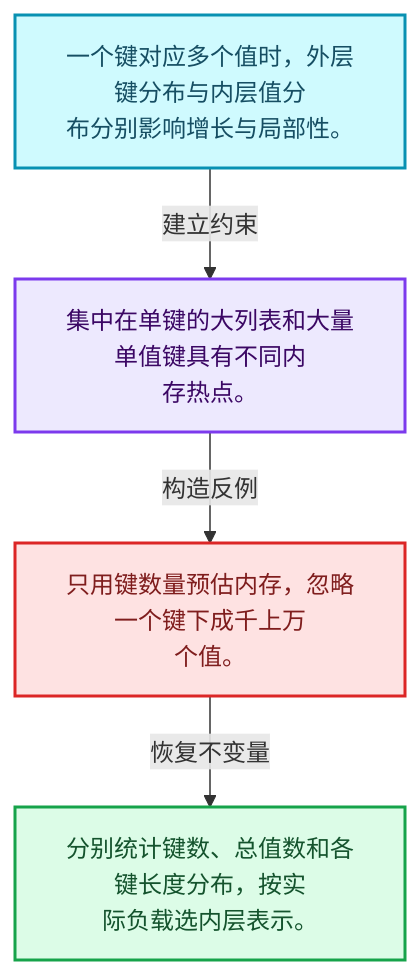
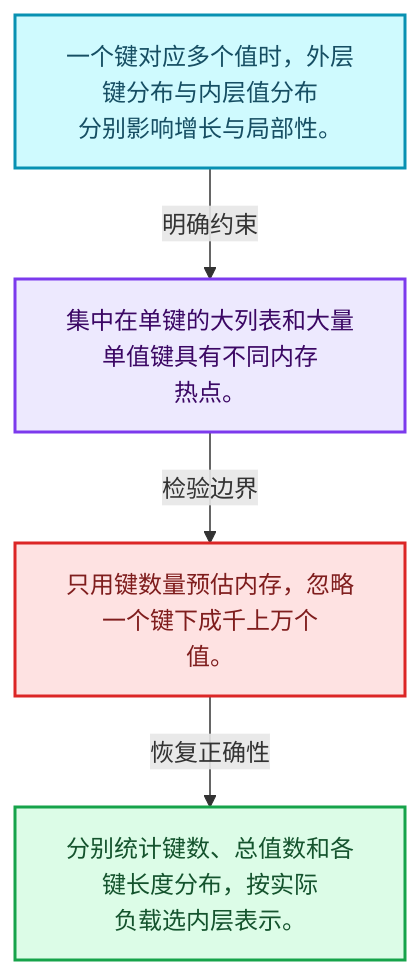
One commit to yunkezengren/blender-.vscode changed the first of 4 diagrams in 杂/markdown/全面学习-codex/02-哈希表与关联数据结构/09-MultiValueMap一键多值.md. Above: the diagram before and after it, drawn with Mermaid. The commit also changed other lines of this file and 1930 other files, not shown here.

````diff
--- a/杂/markdown/全面学习-codex/02-哈希表与关联数据结构/09-MultiValueMap一键多值.md
+++ b/杂/markdown/全面学习-codex/02-哈希表与关联数据结构/09-MultiValueMap一键多值.md
@@ -29,16 +29,16 @@
 ```mermaid
 flowchart TB
-  M["一个键对应多个值时，外层键分布与内层值分<br/>布分别影响增长与局部性。"]:::data
-  T["集中在单键的大列表和大量单值键具有不同内<br/>存热点。"]:::abstraction
-  X["只用键数量预估内存，忽略一个键下成千上万<br/>个值。"]:::error
-  A["分别统计键数、总值数和各键长度分布，按实<br/>际负载选内层表示。"]:::result
-  M -->|"建立约束"| T
-  T -->|"构造反例"| X
-  X -->|"恢复不变量"| A
+  M["一个键对应多个值时，外层键分布与内层值分布<br/>分别影响增长与局部性。"]:::data
+  C["集中在单键的大列表和大量单值键具有不同内存<br/>热点。"]:::abstraction
+  B["只用键数量预估内存，忽略一个键下成千上万个<br/>值。"]:::error
+  R["分别统计键数、总值数和各键长度分布，按实际<br/>负载选内层表示。"]:::result
+  M -->|"明确约束"| C
+  C -->|"检验边界"| B
+  B -->|"恢复正确性"| R
   classDef input fill:#DBEAFE,stroke:#2563EB,color:#172554,stroke-width:2px;
   classDef data fill:#CFFAFE,stroke:#0891B2,color:#164E63,stroke-width:2px;
   classDef abstraction fill:#EDE9FE,stroke:#7C3AED,color:#3B0764,stroke-width:2px;
   classDef compute fill:#FEF3C7,stroke:#D97706,color:#78350F,stroke-width:2px;
   classDef result fill:#DCFCE7,stroke:#16A34A,color:#14532D,stroke-width:2px;
   classDef error fill:#FEE2E2,stroke:#DC2626,color:#7F1D1D,stroke-width:2px;
 ```
````
